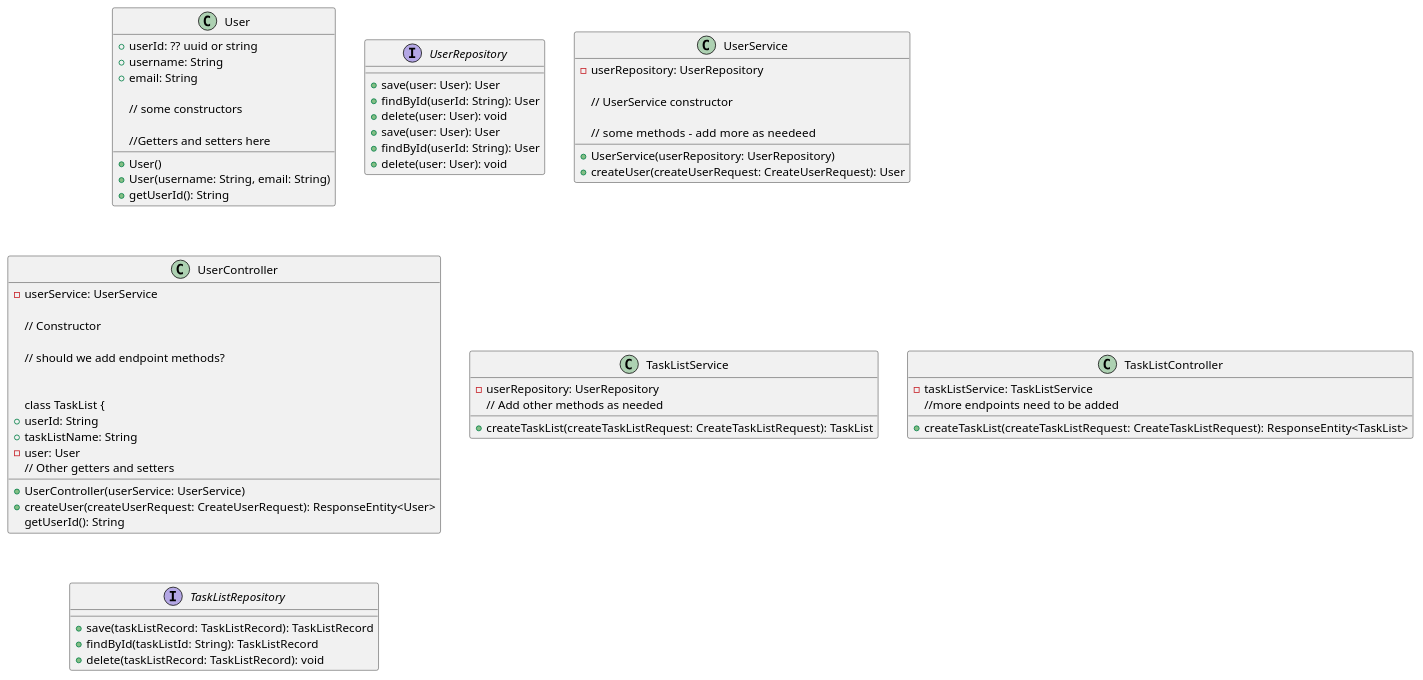
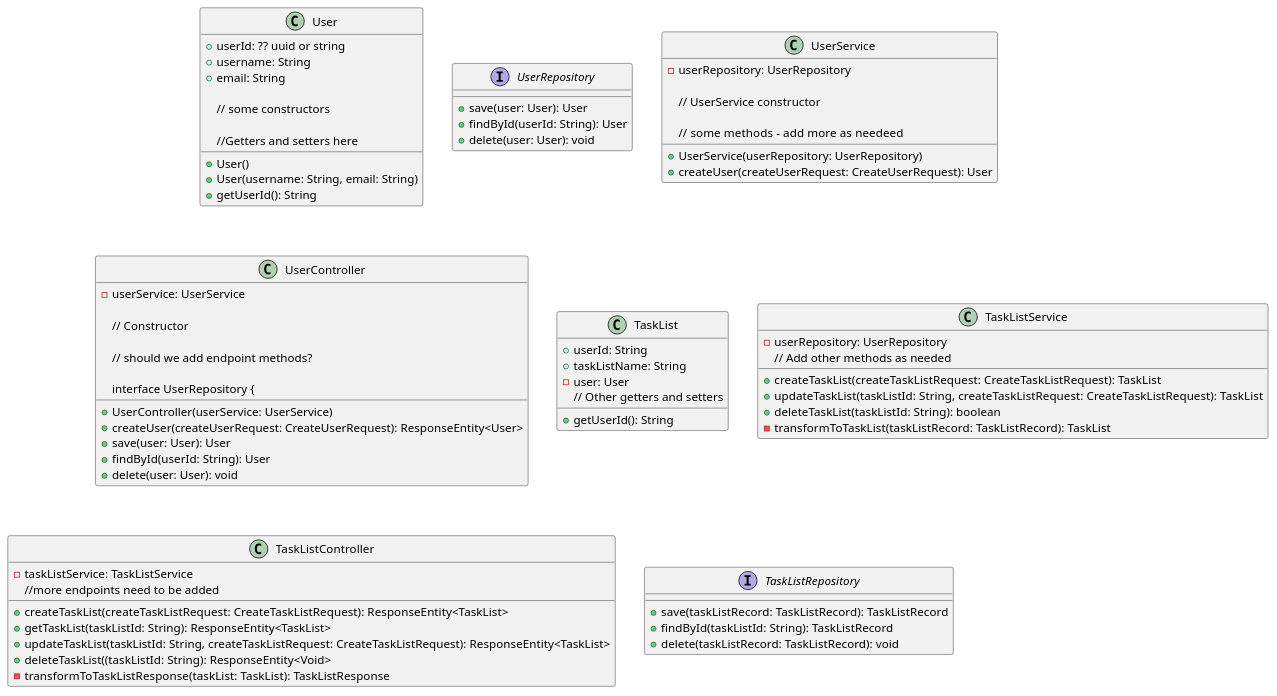
Before and after one commit to adam-knight1/streamline: the diagram in Streamline.puml, drawn with PlantUML.

Commit message:
Finshed adding methods for TaskListService and TaskListController in Stramline.puml

```diff
--- a/Streamline.puml
+++ b/Streamline.puml
@@ -1,74 +1,80 @@
 @startuml
 
 class User {
 +userId: ?? uuid or string
 +username: String
 +email: String
 
  // some constructors
 +User()
 +User(username: String, email: String)
 
 //Getters and setters here
 +getUserId(): String
 
 }
 interface UserRepository {
 +save(user: User): User
 +findById(userId: String): User
 +delete(user: User): void
 }
 class UserService {
 -userRepository: UserRepository
 
 // UserService constructor
 +UserService(userRepository: UserRepository)
 
 // some methods -  add more as needeed
 +createUser(createUserRequest: CreateUserRequest): User
 
 }
 
 class UserController {
 -userService: UserService
 
 // Constructor
 +UserController(userService: UserService)
 
 // should we add endpoint methods?
 +createUser(createUserRequest: CreateUserRequest): ResponseEntity<User>
 
-
-class TaskList {
-+userId: String
-+taskListName: String
--user: User
-getUserId(): String
-  // Other getters and setters
-}
-
 interface UserRepository {
 +save(user: User): User
  +findById(userId: String): User
 +delete(user: User): void
 }
 
+class TaskList {
++userId: String
++taskListName: String
+-user: User
++getUserId(): String
+  // Other getters and setters
+}
+
 class TaskListService {
   -userRepository: UserRepository
   +createTaskList(createTaskListRequest: CreateTaskListRequest): TaskList
+  +updateTaskList(taskListId: String, createTaskListRequest: CreateTaskListRequest): TaskList
+  +deleteTaskList(taskListId: String): boolean
+  -transformToTaskList(taskListRecord: TaskListRecord): TaskList
   // Add other methods as needed
 }
 
 class TaskListController {
 -taskListService: TaskListService
 +createTaskList(createTaskListRequest: CreateTaskListRequest): ResponseEntity<TaskList>
++getTaskList(taskListId: String): ResponseEntity<TaskList>
++updateTaskList(taskListId: String, createTaskListRequest: CreateTaskListRequest): ResponseEntity<TaskList>
++deleteTaskList((taskListId: String): ResponseEntity<Void>
+-transformToTaskListResponse(taskList: TaskList): TaskListResponse
   //more endpoints need to be added
 }
 
 interface TaskListRepository {
 +save(taskListRecord: TaskListRecord): TaskListRecord
 +findById(taskListId: String): TaskListRecord
 +delete(taskListRecord: TaskListRecord): void
 }
 }
 @enduml
```
